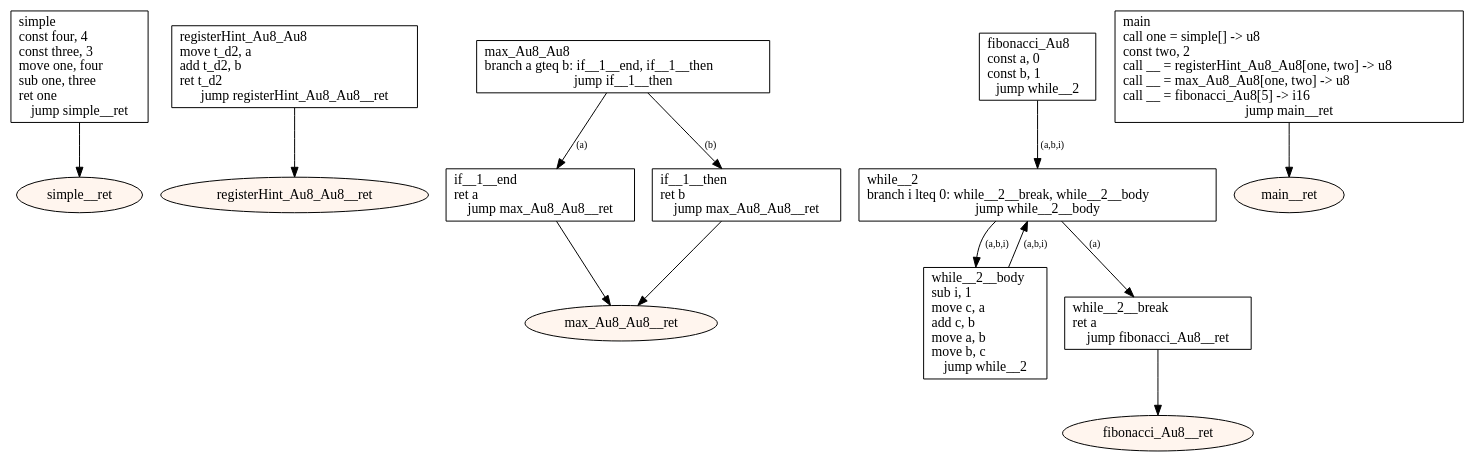
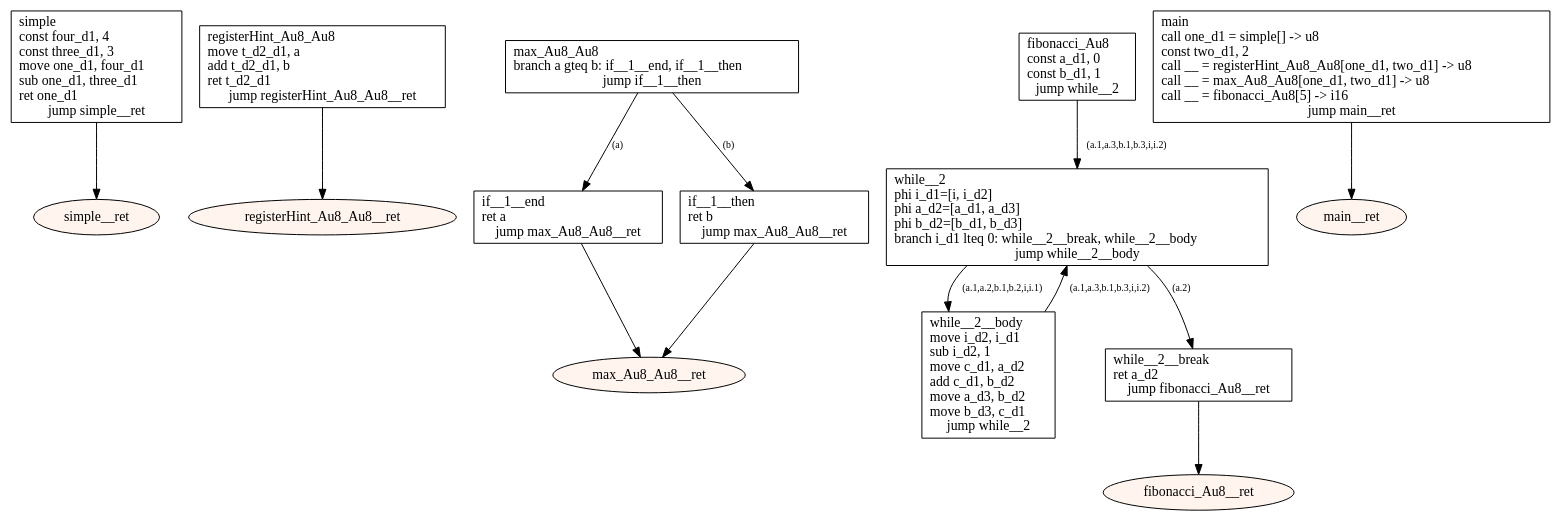
The diagram in src/main/resources-test/compiler/windows/regalloc.dot (tmssngr/tinyC), drawn with Graphviz before and after one commit. The commit also changed 90 other files, not shown here.

```diff
--- a/src/main/resources-test/compiler/windows/regalloc.dot
+++ b/src/main/resources-test/compiler/windows/regalloc.dot
@@ -1,40 +1,40 @@
 digraph program {
 	edge[fontsize="10pt"];
 	subgraph fn_simple {
-		BasicBlock_0_simple [label="simple\lconst four, 4\lconst three, 3\lmove one, four\lsub one, three\lret one\ljump simple__ret",shape=box];
+		BasicBlock_0_simple [label="simple\lconst four_d1, 4\lconst three_d1, 3\lmove one_d1, four_d1\lsub one_d1, three_d1\lret one_d1\ljump simple__ret",shape=box];
 		BasicBlock_0_simple -> BasicBlock_0_simple__ret;
 		BasicBlock_0_simple__ret [label="simple__ret",shape=oval,style=filled,fillcolor="#fff5ee"];
 	}
 	subgraph fn_registerHint_Au8_Au8 {
-		BasicBlock_1_registerHint_Au8_Au8 [label="registerHint_Au8_Au8\lmove t_d2, a\ladd t_d2, b\lret t_d2\ljump registerHint_Au8_Au8__ret",shape=box];
+		BasicBlock_1_registerHint_Au8_Au8 [label="registerHint_Au8_Au8\lmove t_d2_d1, a\ladd t_d2_d1, b\lret t_d2_d1\ljump registerHint_Au8_Au8__ret",shape=box];
 		BasicBlock_1_registerHint_Au8_Au8 -> BasicBlock_1_registerHint_Au8_Au8__ret;
 		BasicBlock_1_registerHint_Au8_Au8__ret [label="registerHint_Au8_Au8__ret",shape=oval,style=filled,fillcolor="#fff5ee"];
 	}
 	subgraph fn_max_Au8_Au8 {
 		BasicBlock_2_max_Au8_Au8 [label="max_Au8_Au8\lbranch a gteq b: if__1__end, if__1__then\ljump if__1__then",shape=box];
 		BasicBlock_2_max_Au8_Au8 -> BasicBlock_2_if__1__end [label="(a)"];
 		BasicBlock_2_max_Au8_Au8 -> BasicBlock_2_if__1__then [label="(b)"];
 		BasicBlock_2_if__1__then [label="if__1__then\lret b\ljump max_Au8_Au8__ret",shape=box];
 		BasicBlock_2_if__1__then -> BasicBlock_2_max_Au8_Au8__ret;
 		BasicBlock_2_if__1__end [label="if__1__end\lret a\ljump max_Au8_Au8__ret",shape=box];
 		BasicBlock_2_if__1__end -> BasicBlock_2_max_Au8_Au8__ret;
 		BasicBlock_2_max_Au8_Au8__ret [label="max_Au8_Au8__ret",shape=oval,style=filled,fillcolor="#fff5ee"];
 	}
 	subgraph fn_fibonacci_Au8 {
-		BasicBlock_3_fibonacci_Au8 [label="fibonacci_Au8\lconst a, 0\lconst b, 1\ljump while__2",shape=box];
-		BasicBlock_3_fibonacci_Au8 -> BasicBlock_3_while__2 [label="(a,b,i)"];
-		BasicBlock_3_while__2__body [label="while__2__body\lsub i, 1\lmove c, a\ladd c, b\lmove a, b\lmove b, c\ljump while__2",shape=box];
-		BasicBlock_3_while__2__body -> BasicBlock_3_while__2 [label="(a,b,i)"];
-		BasicBlock_3_while__2 [label="while__2\lbranch i lteq 0: while__2__break, while__2__body\ljump while__2__body",shape=box];
-		BasicBlock_3_while__2 -> BasicBlock_3_while__2__break [label="(a)"];
-		BasicBlock_3_while__2 -> BasicBlock_3_while__2__body [label="(a,b,i)"];
-		BasicBlock_3_while__2__break [label="while__2__break\lret a\ljump fibonacci_Au8__ret",shape=box];
+		BasicBlock_3_fibonacci_Au8 [label="fibonacci_Au8\lconst a_d1, 0\lconst b_d1, 1\ljump while__2",shape=box];
+		BasicBlock_3_fibonacci_Au8 -> BasicBlock_3_while__2 [label="(a.1,a.3,b.1,b.3,i,i.2)"];
+		BasicBlock_3_while__2__body [label="while__2__body\lmove i_d2, i_d1\lsub i_d2, 1\lmove c_d1, a_d2\ladd c_d1, b_d2\lmove a_d3, b_d2\lmove b_d3, c_d1\ljump while__2",shape=box];
+		BasicBlock_3_while__2__body -> BasicBlock_3_while__2 [label="(a.1,a.3,b.1,b.3,i,i.2)"];
+		BasicBlock_3_while__2 [label="while__2\lphi i_d1=[i, i_d2]\lphi a_d2=[a_d1, a_d3]\lphi b_d2=[b_d1, b_d3]\lbranch i_d1 lteq 0: while__2__break, while__2__body\ljump while__2__body",shape=box];
+		BasicBlock_3_while__2 -> BasicBlock_3_while__2__break [label="(a.2)"];
+		BasicBlock_3_while__2 -> BasicBlock_3_while__2__body [label="(a.1,a.2,b.1,b.2,i,i.1)"];
+		BasicBlock_3_while__2__break [label="while__2__break\lret a_d2\ljump fibonacci_Au8__ret",shape=box];
 		BasicBlock_3_while__2__break -> BasicBlock_3_fibonacci_Au8__ret;
 		BasicBlock_3_fibonacci_Au8__ret [label="fibonacci_Au8__ret",shape=oval,style=filled,fillcolor="#fff5ee"];
 	}
 	subgraph fn_main {
-		BasicBlock_4_main [label="main\lcall one = simple[] -> u8\lconst two, 2\lcall __ = registerHint_Au8_Au8[one, two] -> u8\lcall __ = max_Au8_Au8[one, two] -> u8\lcall __ = fibonacci_Au8[5] -> i16\ljump main__ret",shape=box];
+		BasicBlock_4_main [label="main\lcall one_d1 = simple[] -> u8\lconst two_d1, 2\lcall __ = registerHint_Au8_Au8[one_d1, two_d1] -> u8\lcall __ = max_Au8_Au8[one_d1, two_d1] -> u8\lcall __ = fibonacci_Au8[5] -> i16\ljump main__ret",shape=box];
 		BasicBlock_4_main -> BasicBlock_4_main__ret;
 		BasicBlock_4_main__ret [label="main__ret",shape=oval,style=filled,fillcolor="#fff5ee"];
 	}
 }
```
